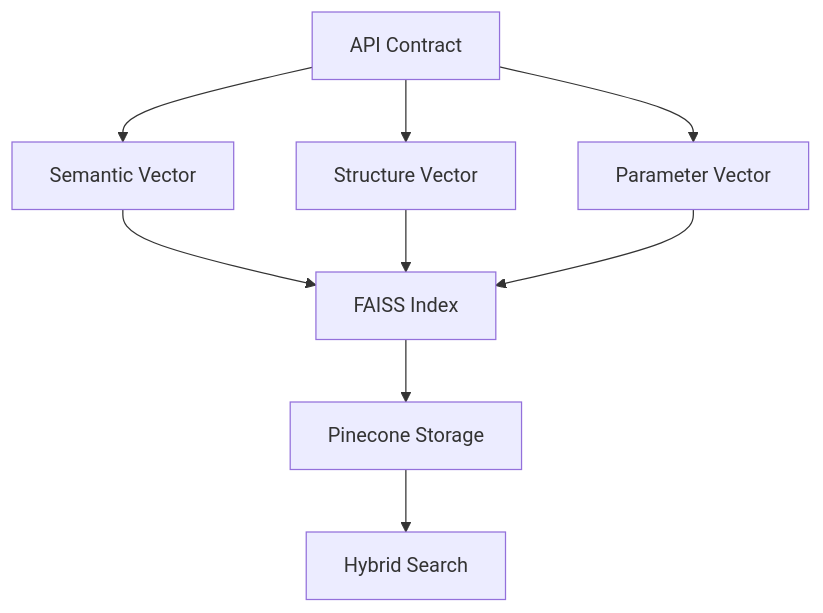
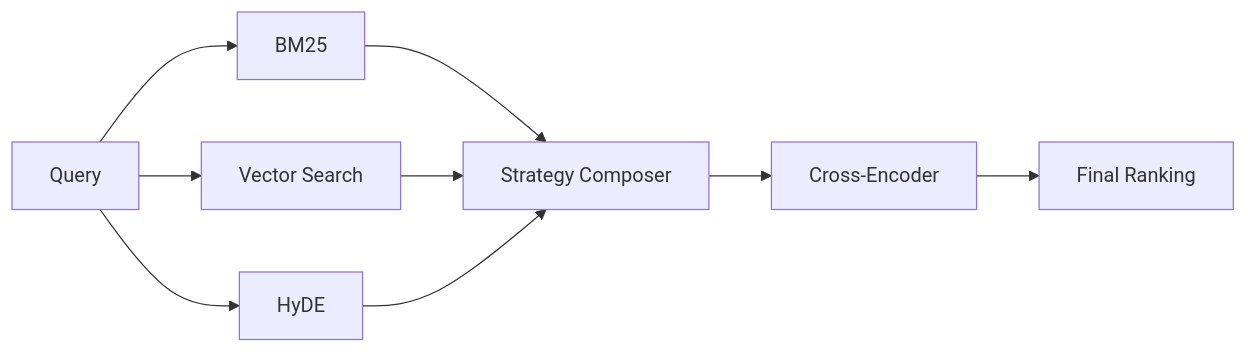
Before and after one commit to felipepimentel/plexure-api-search: the third of 4 diagrams in README.md, drawn with Mermaid. The commit also changed other lines of this file and 39 other files, not shown here.

````diff
--- a/README.md
+++ b/README.md
@@ -31,11 +65,11 @@
 ```mermaid
-graph TD
-    A[API Contract] --> B1[Semantic Vector]
-    A --> B2[Structure Vector]
-    A --> B3[Parameter Vector]
-    B1 --> C[FAISS Index]
+graph LR
+    A[Query] --> B1[BM25]
+    A --> B2[Vector Search]
+    A --> B3[HyDE]
+    B1 --> C[Strategy Composer]
     B2 --> C
     B3 --> C
-    C --> D[Pinecone Storage]
-    D --> E[Hybrid Search]
+    C --> D[Cross-Encoder]
+    D --> E[Final Ranking]
 ```
````
